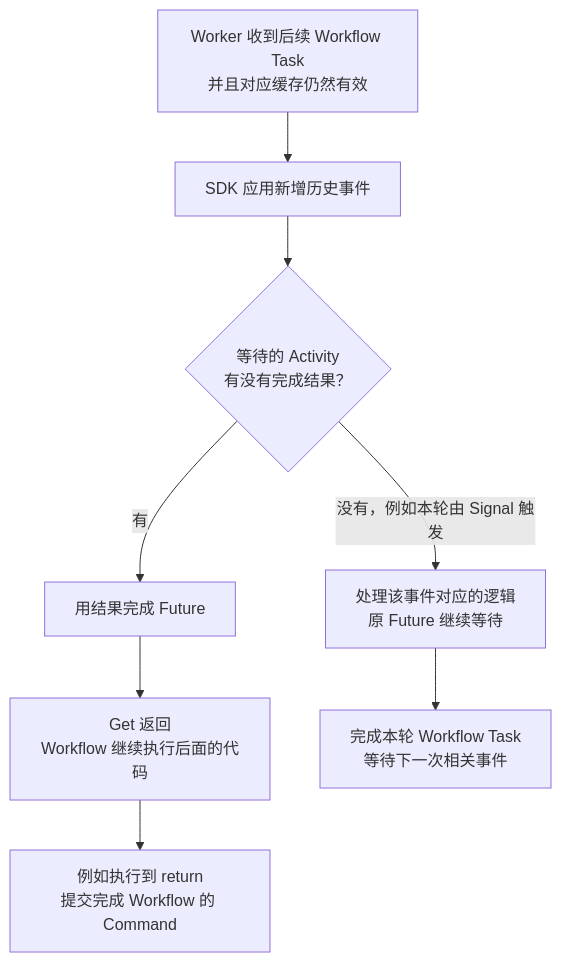
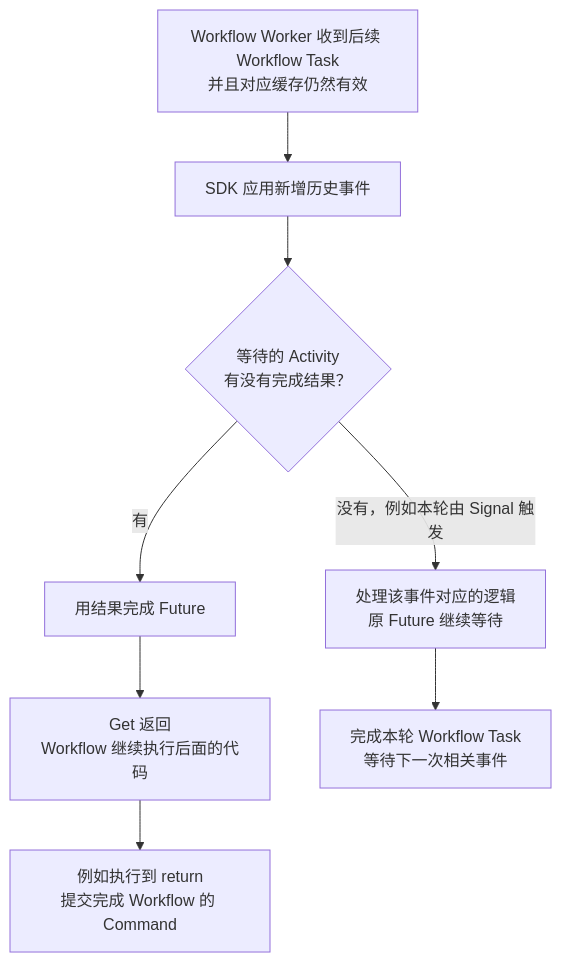
The fourth of 8 diagrams in posts/microservices/workflow/021_temporal.md (hotttao/backup), drawn with Mermaid before and after one commit. The commit also changed other lines of this file and 6 other files, not shown here.

````diff
--- a/posts/microservices/workflow/021_temporal.md
+++ b/posts/microservices/workflow/021_temporal.md
@@ -218,10 +328,10 @@
 ```mermaid
 flowchart TD
-    A[Worker 收到后续 Workflow Task<br/>并且对应缓存仍然有效] --> B[SDK 应用新增历史事件]
+    A[Workflow Worker 收到后续 Workflow Task<br/>并且对应缓存仍然有效] --> B[SDK 应用新增历史事件]
     B --> C{等待的 Activity<br/>有没有完成结果？}
     C -->|有| D[用结果完成 Future]
     D --> E[Get 返回<br/>Workflow 继续执行后面的代码]
     E --> F[例如执行到 return<br/>提交完成 Workflow 的 Command]
     C -->|没有，例如本轮由 Signal 触发| G[处理该事件对应的逻辑<br/>原 Future 继续等待]
     G --> H[完成本轮 Workflow Task<br/>等待下一次相关事件]
 ```
````
